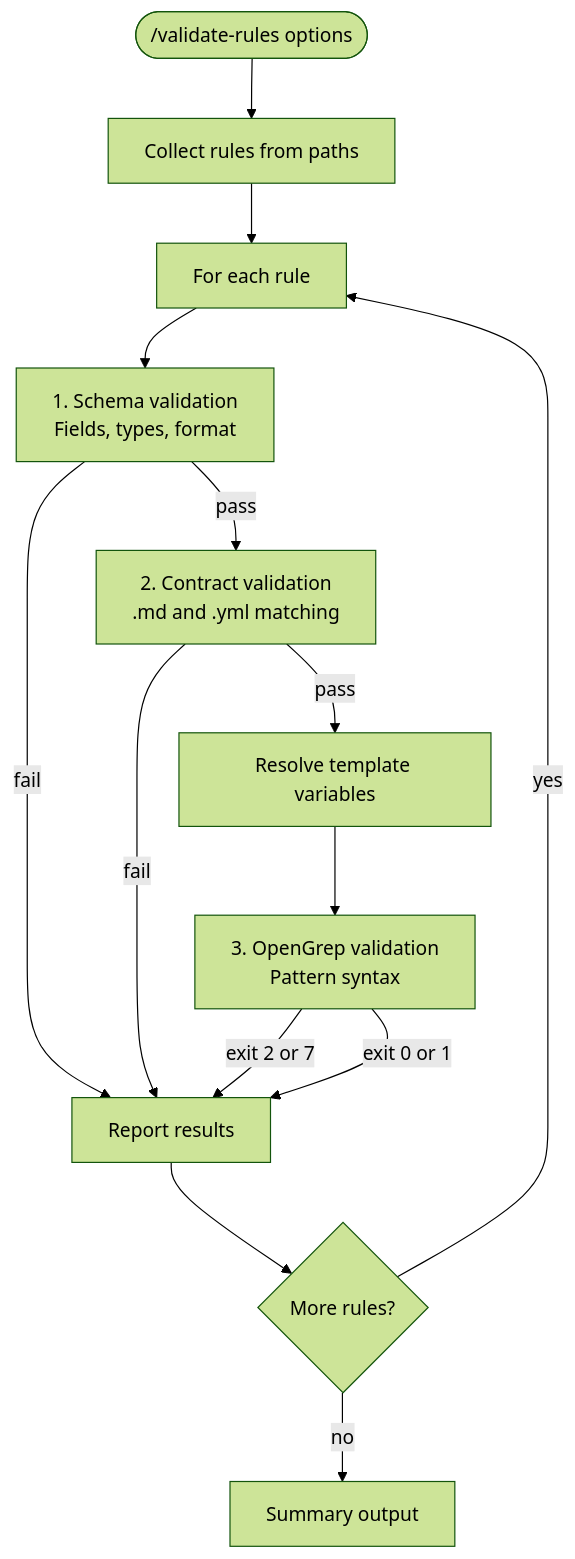
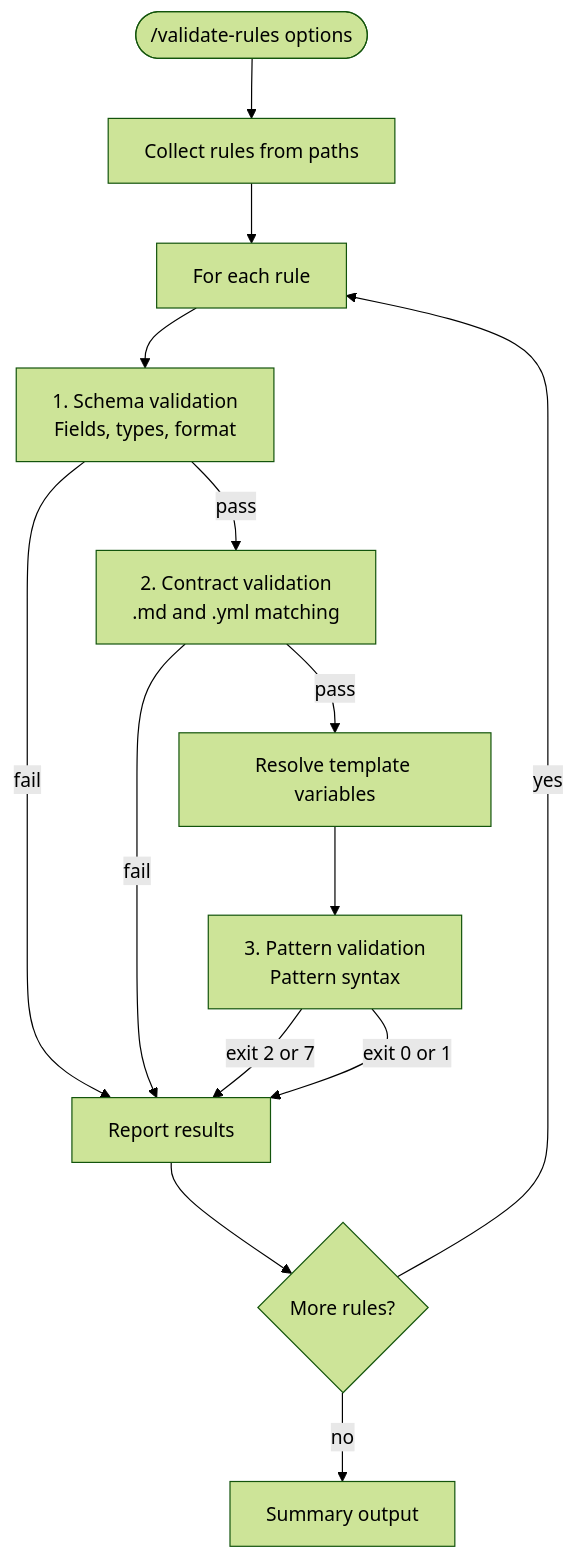
The diagram in .shared/workflows/rule-validation.md (reporails/rules), drawn with Mermaid (forest theme) before and after one commit. The commit also changed other lines of this file and 9 other files, not shown here.

First line of the commit message:
Replace OpenGrep references with regex terminology

````diff
--- a/.shared/workflows/rule-validation.md
+++ b/.shared/workflows/rule-validation.md
@@ -3,16 +3,16 @@
 ```mermaid
 flowchart TD
     START([/validate-rules options]) --> COLLECT[Collect rules from paths]
     COLLECT --> LOOP[For each rule]
     LOOP --> SCHEMA[1. Schema validation<br/>Fields, types, format]
     SCHEMA -->|fail| REPORT
     SCHEMA -->|pass| CONTRACT[2. Contract validation<br/>.md and .yml matching]
     CONTRACT -->|fail| REPORT
     CONTRACT -->|pass| RESOLVE[Resolve template variables]
-    RESOLVE --> OPENGREP[3. OpenGrep validation<br/>Pattern syntax]
-    OPENGREP -->|exit 2 or 7| REPORT
-    OPENGREP -->|exit 0 or 1| REPORT[Report results]
+    RESOLVE --> PATTERNS[3. Pattern validation<br/>Pattern syntax]
+    PATTERNS -->|exit 2 or 7| REPORT
+    PATTERNS -->|exit 0 or 1| REPORT[Report results]
     REPORT --> NEXT{More rules?}
     NEXT -->|yes| LOOP
     NEXT -->|no| SUMMARY[Summary output]
 ```
````
